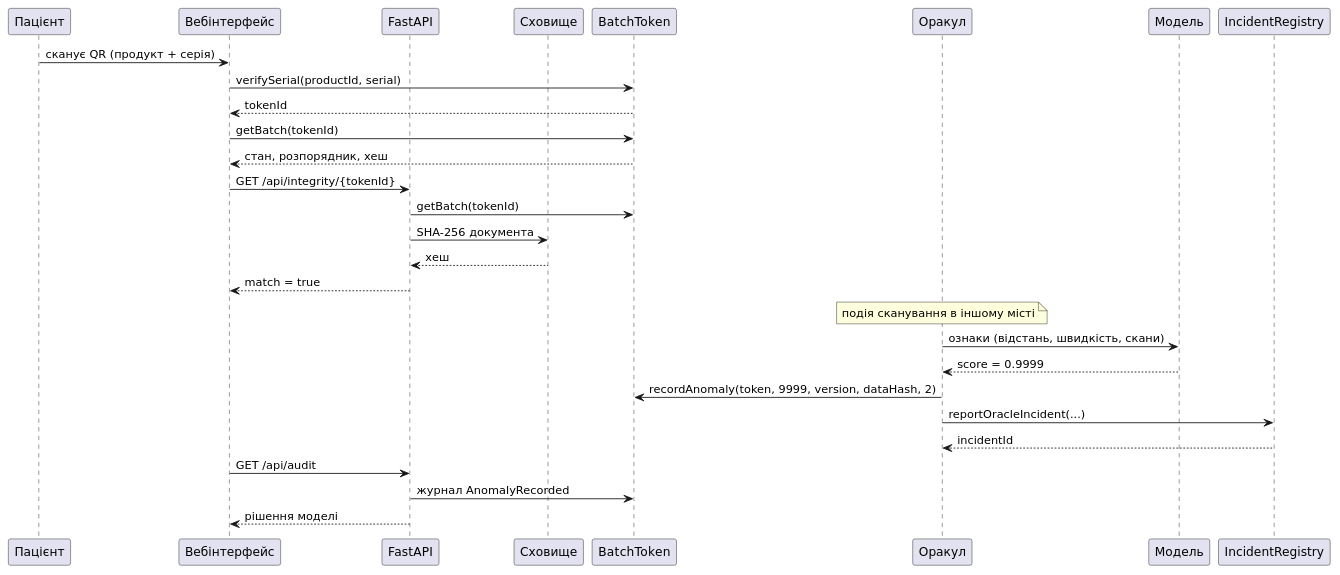
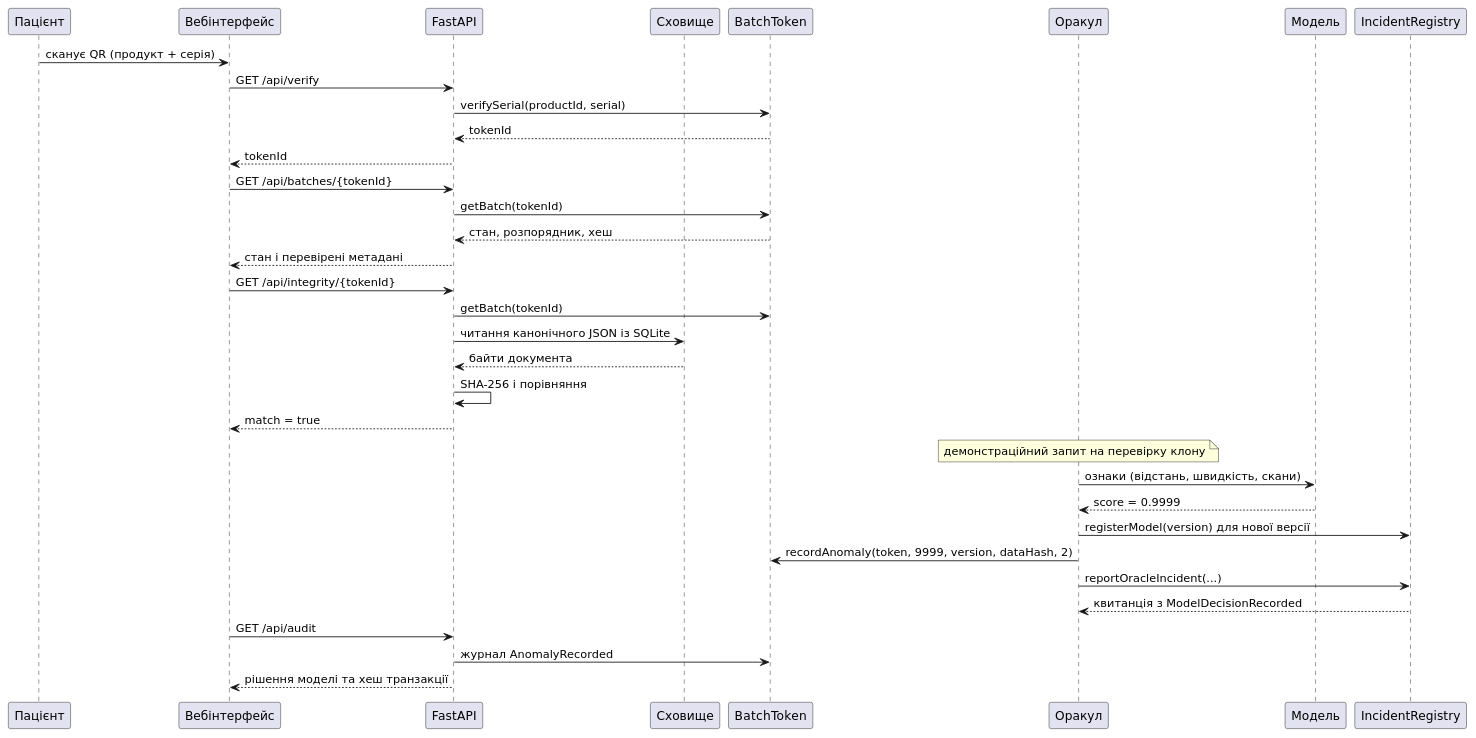
One commit to NureOsychenkoIllia/pharmatrace changed the diagram in diagrams/04_sequence_trace.puml. Above: the diagram before and after it, drawn with PlantUML. The commit also changed 44 other files, not shown here.

```diff
--- a/diagrams/04_sequence_trace.puml
+++ b/diagrams/04_sequence_trace.puml
@@ -1,32 +1,38 @@
 @startuml
 skinparam defaultFontName "DejaVu Sans"
 participant "Пацієнт" as Patient
 participant "Вебінтерфейс" as UI
 participant "FastAPI" as API
 participant "Сховище" as Store
 participant "BatchToken" as Batch
 participant "Оракул" as Oracle
 participant "Модель" as Model
 participant "IncidentRegistry" as Incident
 
 Patient -> UI : сканує QR (продукт + серія)
-UI -> Batch : verifySerial(productId, serial)
-Batch --> UI : tokenId
-UI -> Batch : getBatch(tokenId)
-Batch --> UI : стан, розпорядник, хеш
+UI -> API : GET /api/verify
+API -> Batch : verifySerial(productId, serial)
+Batch --> API : tokenId
+API --> UI : tokenId
+UI -> API : GET /api/batches/{tokenId}
+API -> Batch : getBatch(tokenId)
+Batch --> API : стан, розпорядник, хеш
+API --> UI : стан і перевірені метадані
 UI -> API : GET /api/integrity/{tokenId}
 API -> Batch : getBatch(tokenId)
-API -> Store : SHA-256 документа
-Store --> API : хеш
+API -> Store : читання канонічного JSON із SQLite
+Store --> API : байти документа
+API -> API : SHA-256 і порівняння
 API --> UI : match = true
 
-Note over Oracle : подія сканування в іншому місті
+Note over Oracle : демонстраційний запит на перевірку клону
 Oracle -> Model : ознаки (відстань, швидкість, скани)
 Model --> Oracle : score = 0.9999
+Oracle -> Incident : registerModel(version) для нової версії
 Oracle -> Batch : recordAnomaly(token, 9999, version, dataHash, 2)
 Oracle -> Incident : reportOracleIncident(...)
-Incident --> Oracle : incidentId
+Incident --> Oracle : квитанція з ModelDecisionRecorded
 UI -> API : GET /api/audit
 API -> Batch : журнал AnomalyRecorded
-API --> UI : рішення моделі
+API --> UI : рішення моделі та хеш транзакції
 @enduml
```
